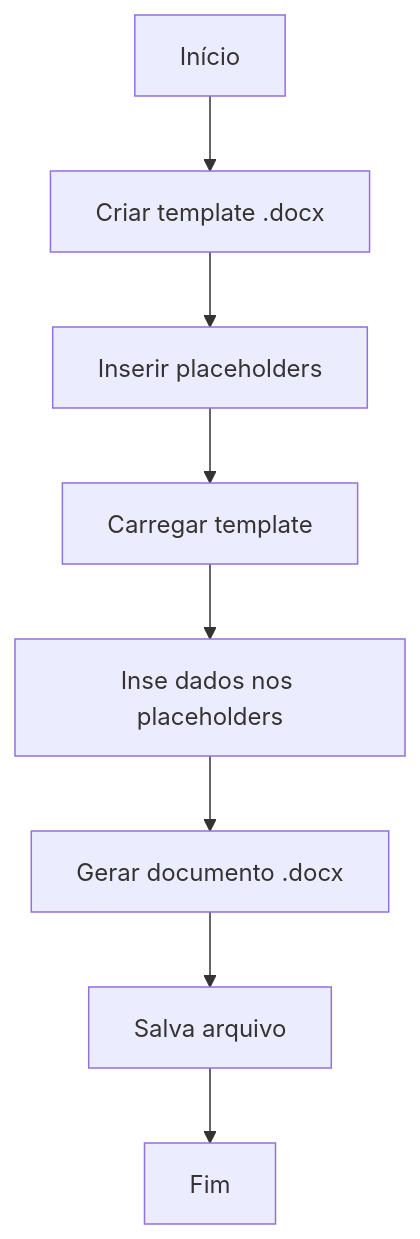
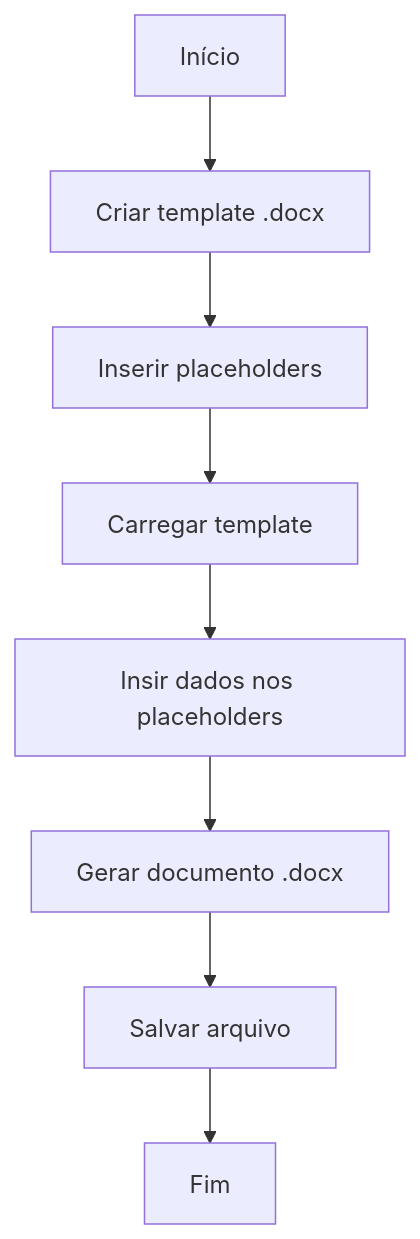
The diagram in Readme.md (heloisebastos/uso-javascriptcriacao-de-templates-de-documentos-word), drawn with Mermaid before and after one commit.

Commit message:
doc : atualiza readme.md

````diff
--- a/Readme.md
+++ b/Readme.md
@@ -12,11 +12,11 @@
  ```mermaid
 graph TD;
     A[Início] --> B[Criar template .docx ];
     B --> C[Inserir placeholders];
     C --> D[Carregar template];
-    D --> E[Inse dados nos placeholders];
+    D --> E[Insir dados nos placeholders];
     E --> F[Gerar documento .docx];
-    F --> G[Salva arquivo];
+    F --> G[Salvar arquivo];
     G --> H[Fim];
 
 ```
````
